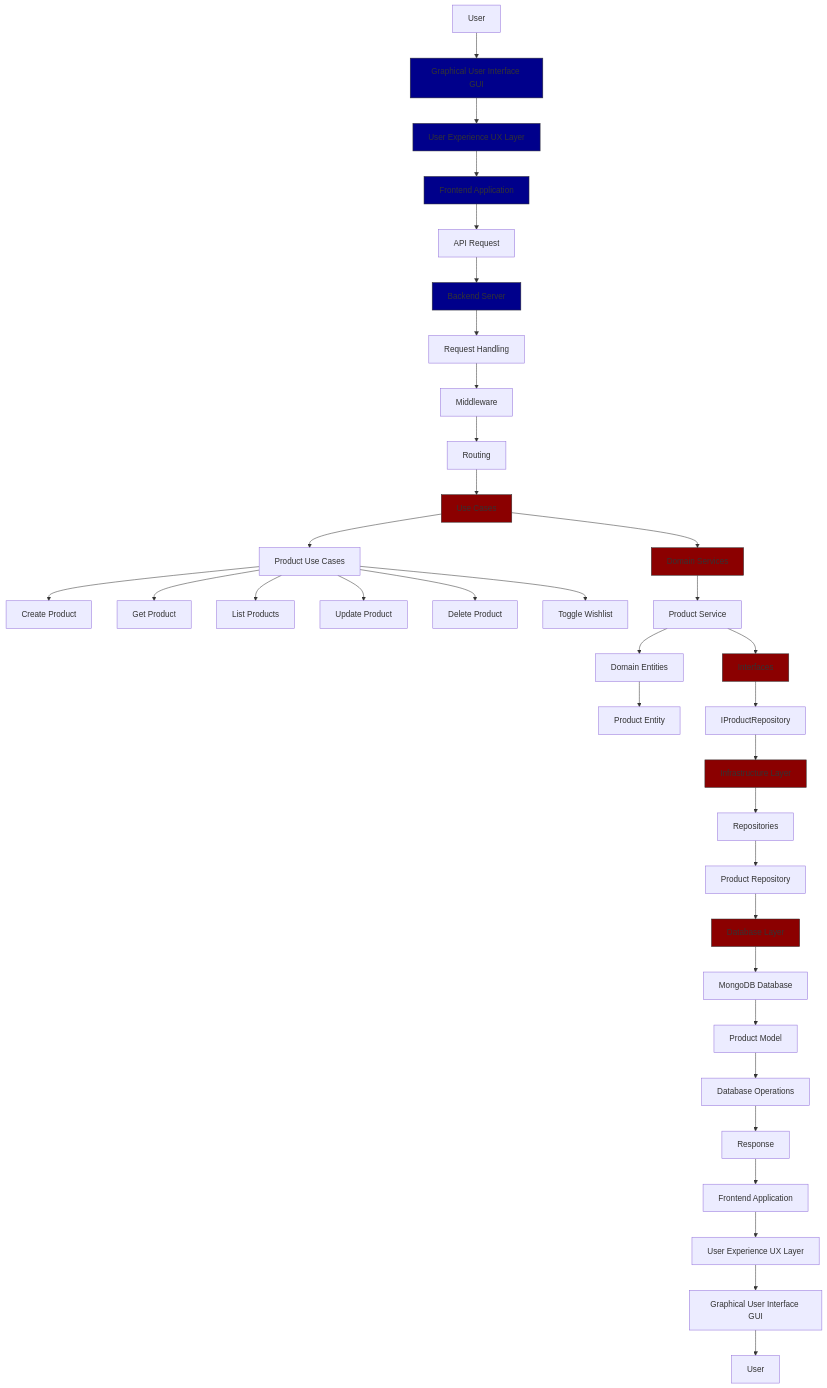
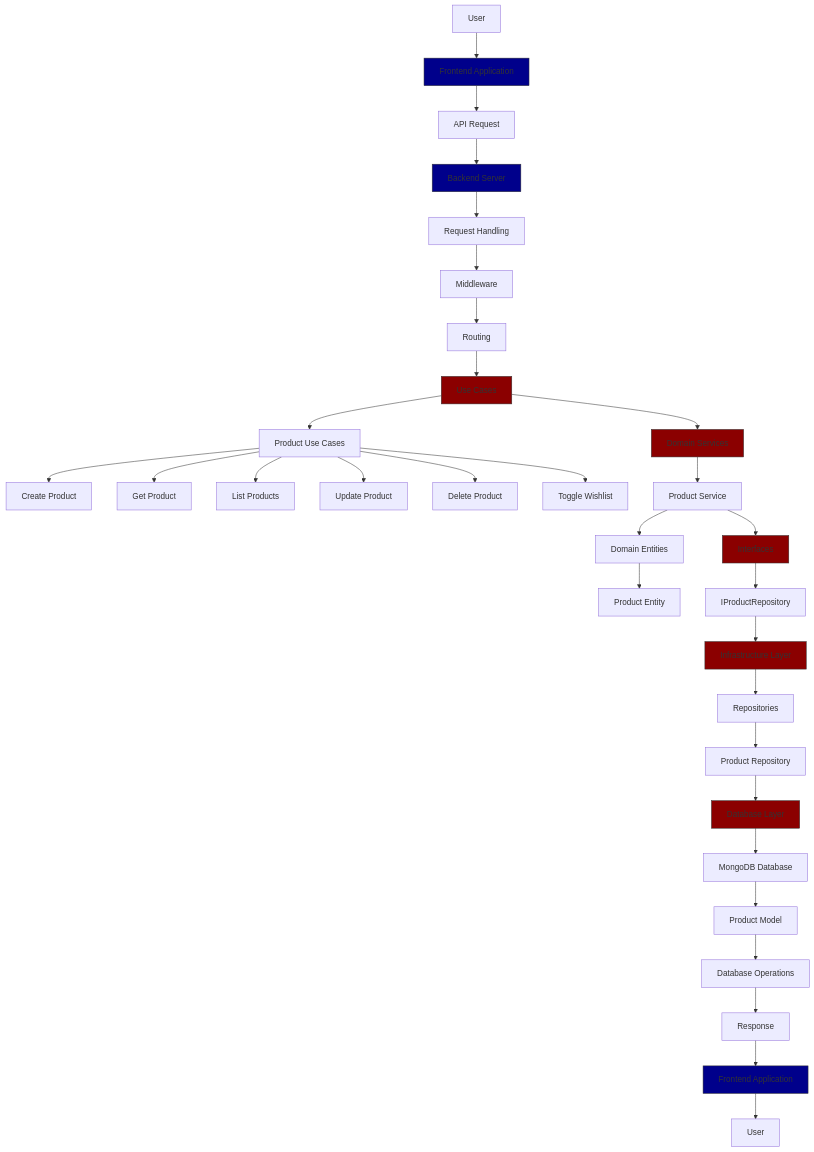
One commit to guru9/jollyJet changed the diagram in docs/flowchart/product-flowchart.md. Above: the diagram before and after it, drawn with Mermaid. The commit also changed other lines of this file and 4 other files, not shown here.

Commit message:
Flowchart and docs have been updated

````diff
--- a/docs/flowchart/product-flowchart.md
+++ b/docs/flowchart/product-flowchart.md
@@ -3,47 +3,43 @@
 ```mermaid
 graph TD
-    A[User] --> B[Graphical User Interface GUI]
-    B --> C[User Experience UX Layer]
-    C --> D[Frontend Application]
+    A[User] --> D[Frontend Application]
     D --> E[API Request]
     E --> F[Backend Server]
     F --> G[Request Handling]
     G --> H[Middleware]
     H --> I[Routing]
     I --> J[Use Cases]
     J --> K[Product Use Cases]
     K --> L[Create Product]
     K --> M[Get Product]
     K --> N[List Products]
     K --> O[Update Product]
     K --> P[Delete Product]
     K --> Q[Toggle Wishlist]
     J --> R[Domain Services]
     R --> S[Product Service]
     S --> T[Domain Entities]
     T --> U[Product Entity]
     S --> V[Interfaces]
     V --> W[IProductRepository]
     W --> X[Infrastructure Layer]
     X --> Y[Repositories]
     Y --> Z[Product Repository]
     Z --> AA[Database Layer]
     AA --> AB[MongoDB Database]
     AB --> AC[Product Model]
     AC --> AD[Database Operations]
     AD --> AE[Response]
     AE --> AF[Frontend Application]
-    AF --> AG[User Experience UX Layer]
-    AG --> AH[Graphical User Interface GUI]
-    AH --> AI[User]
+    AF --> AI[User]
 
-    style B fill:#00008B,stroke:#333
-    style C fill:#00008B,stroke:#333
     style D fill:#00008B,stroke:#333
     style F fill:#00008B,stroke:#333
     style J fill:#8B0000,stroke:#333
     style R fill:#8B0000,stroke:#333
     style X fill:#8B0000,stroke:#333
     style AA fill:#8B0000,stroke:#333
     style V fill:#8B0000,stroke:#333
+    style AF fill:#00008B,stroke:#333
+
 ```
````
